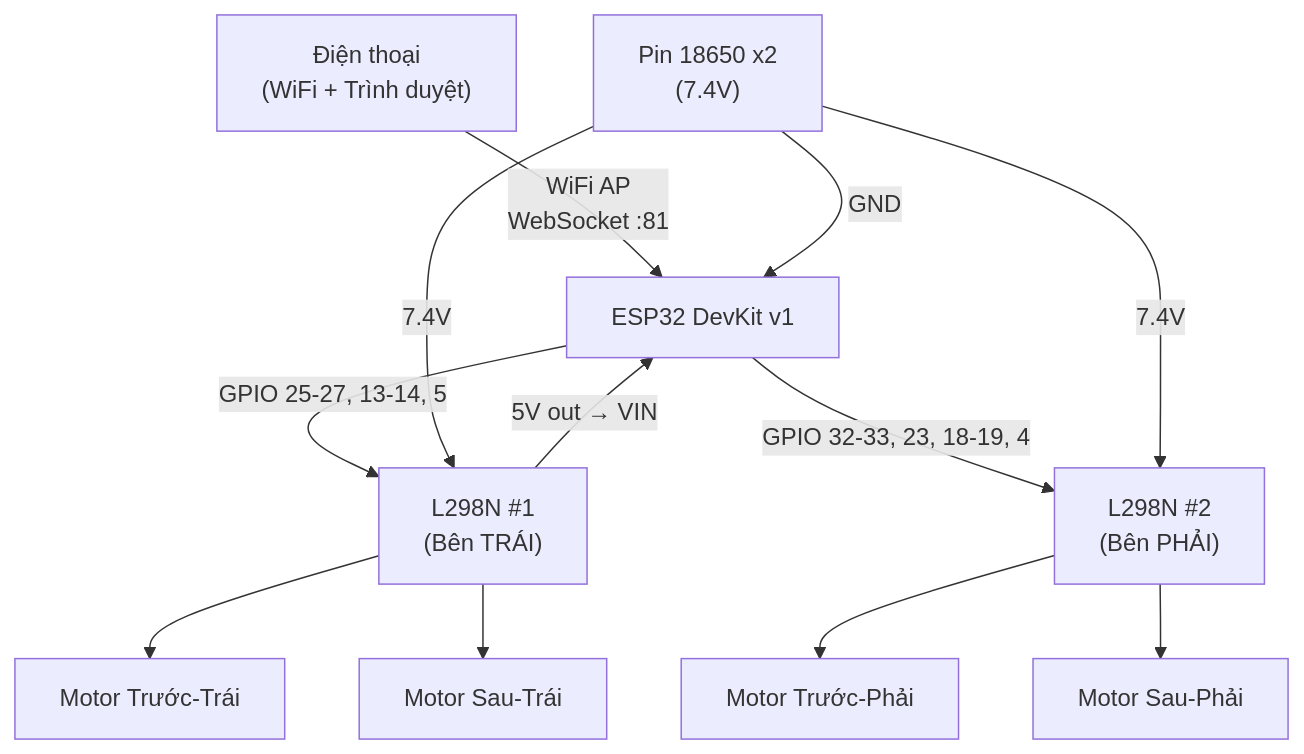
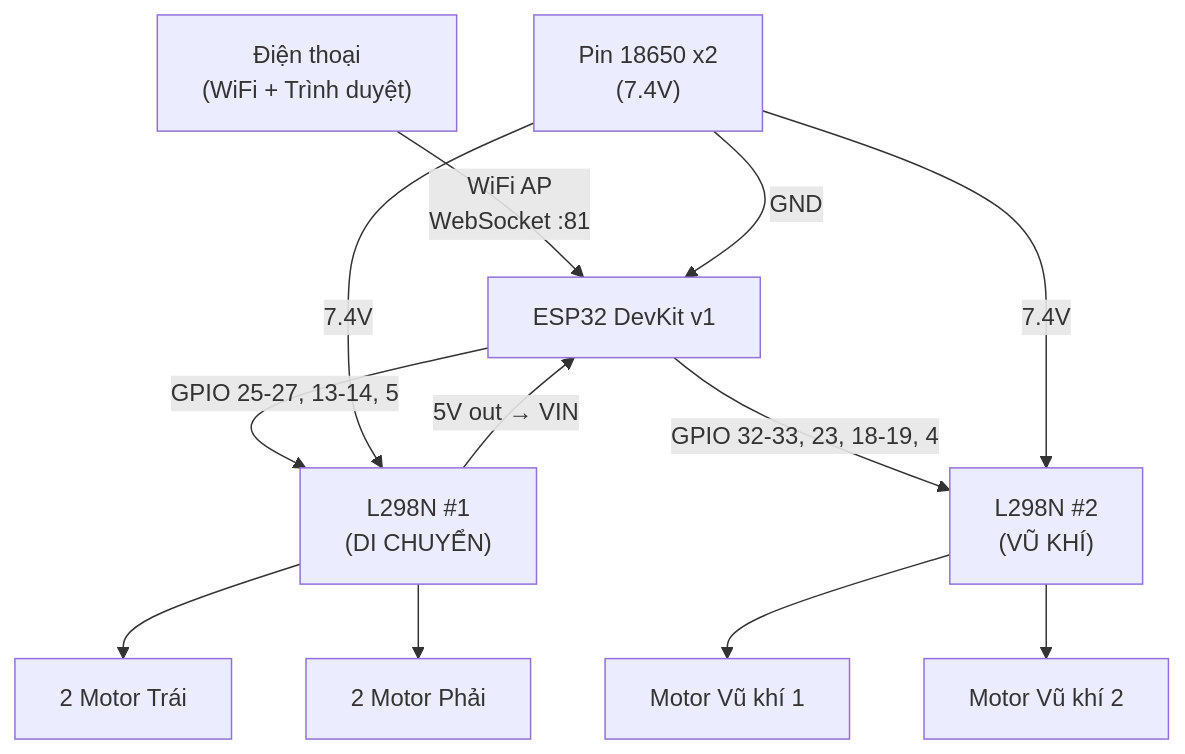
Before and after one commit to leanhtuan-coder/robot_sumo_controller: the diagram in README.md, drawn with Mermaid. The commit also changed other lines of this file, not shown here.

````diff
--- a/README.md
+++ b/README.md
@@ -94,24 +99,24 @@
 ```mermaid
 graph TD
     Phone["Điện thoại<br/>(WiFi + Trình duyệt)"]
     ESP["ESP32 DevKit v1"]
-    L1["L298N #1<br/>(Bên TRÁI)"]
-    L2["L298N #2<br/>(Bên PHẢI)"]
+    L1["L298N #1<br/>(DI CHUYỂN)"]
+    L2["L298N #2<br/>(VŨ KHÍ)"]
     BAT["Pin 18650 x2<br/>(7.4V)"]
-    M1["Motor Trước-Trái"]
-    M2["Motor Sau-Trái"]
-    M3["Motor Trước-Phải"]
-    M4["Motor Sau-Phải"]
+    M1["2 Motor Trái"]
+    M2["2 Motor Phải"]
+    W1["Motor Vũ khí 1"]
+    W2["Motor Vũ khí 2"]
 
     Phone -- "WiFi AP<br/>WebSocket :81" --> ESP
     ESP -- "GPIO 25-27, 13-14, 5" --> L1
     ESP -- "GPIO 32-33, 23, 18-19, 4" --> L2
     BAT -- "7.4V" --> L1
     BAT -- "7.4V" --> L2
     BAT -- "GND" --> ESP
     L1 -- "5V out → VIN" --> ESP
     L1 --> M1
     L1 --> M2
-    L2 --> M3
-    L2 --> M4
+    L2 --> W1
+    L2 --> W2
 ```
````
